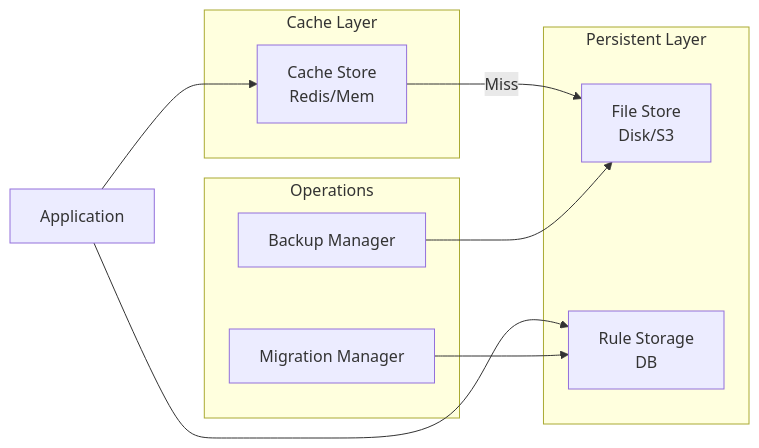
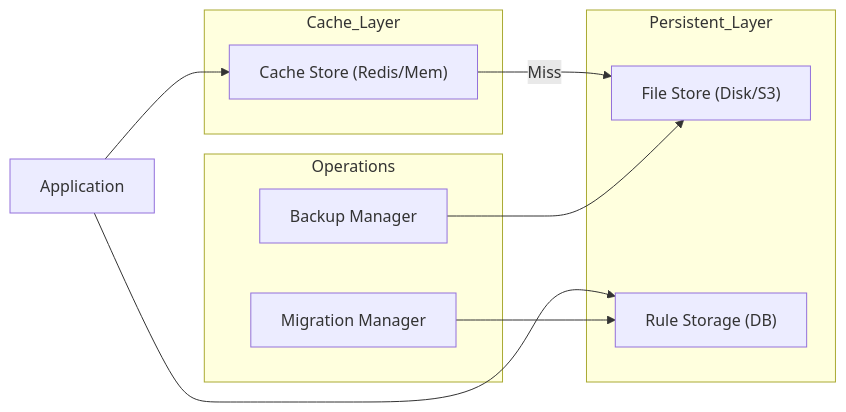
The tenth of 18 diagrams in README.md (LifeJiggy/Rules-Emerging-Pattern), drawn with Mermaid before and after one commit. The commit also changed other lines of this file, not shown here.

Commit message:
Fix Mermaid diagrams for GitHub rendering - remove theme directives, emoji, subgraph titles, and br tags

````diff
--- a/README.md
+++ b/README.md
@@ -287,20 +286,20 @@
 ```mermaid
 flowchart LR
-    subgraph Cache["Cache Layer"]
-        CS["Cache Store<br/>Redis/Mem"]
+    subgraph Cache_Layer
+        CS["Cache Store (Redis/Mem)"]
     end
-    subgraph Persistent["Persistent Layer"]
-        FS["File Store<br/>Disk/S3"]
-        RS["Rule Storage<br/>DB"]
+    subgraph Persistent_Layer
+        FS["File Store (Disk/S3)"]
+        RS["Rule Storage (DB)"]
     end
-    subgraph Ops["Operations"]
+    subgraph Operations
         BM["Backup Manager"]
         MM["Migration Manager"]
     end
 
     App["Application"] --> RS
     App --> CS
     CS -->|Miss| FS
     BM --> FS
     MM --> RS
 ```
````
